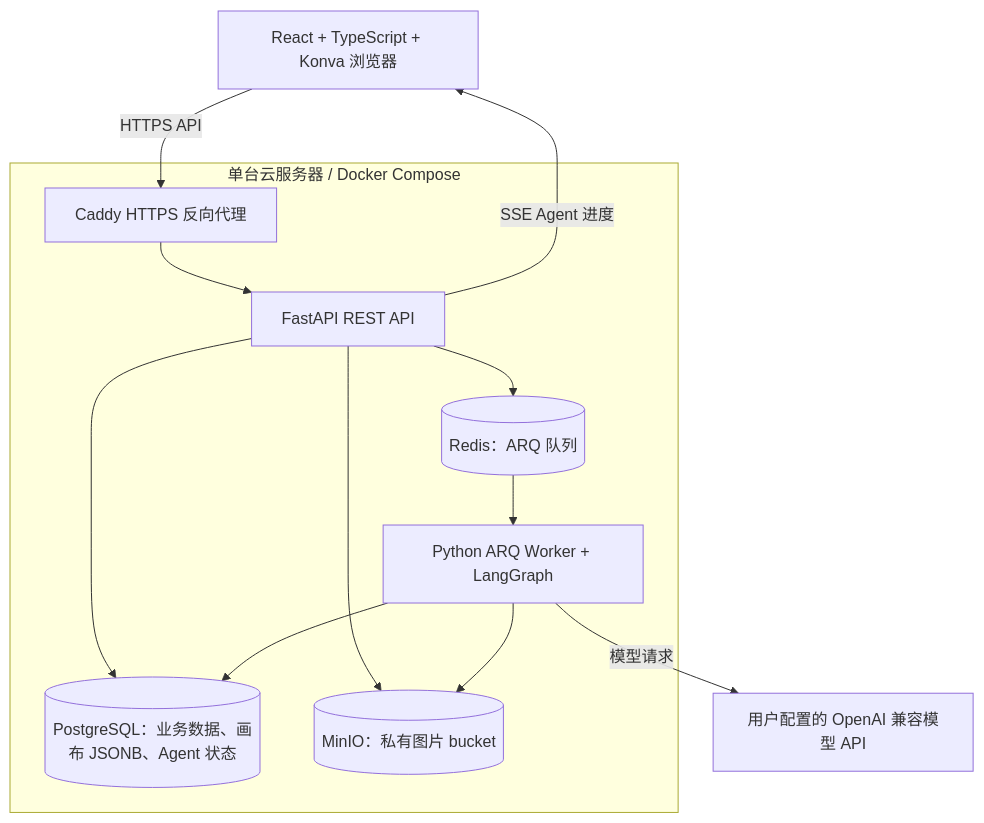
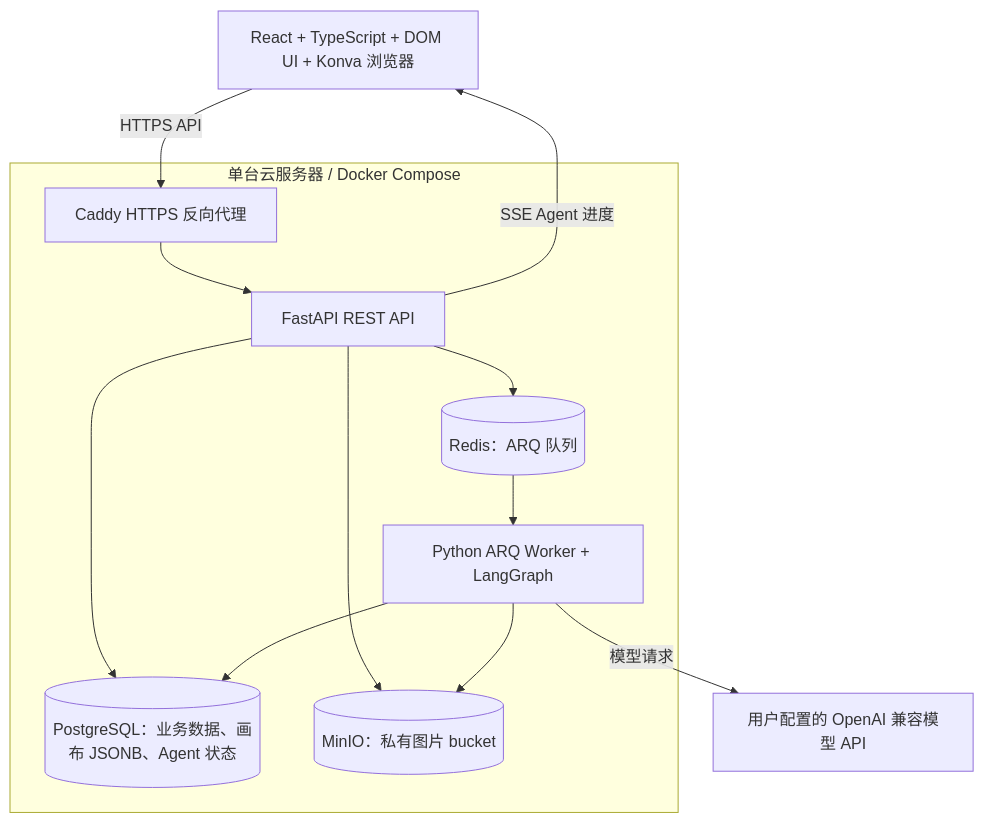
The first of 3 diagrams in docs/02-design/system-architecture.md (leileigwl/online-canvas-platform), drawn with Mermaid before and after one commit. The commit also changed other lines of this file and 11 other files, not shown here.

````diff
--- a/docs/02-design/system-architecture.md
+++ b/docs/02-design/system-architecture.md
@@ -9,21 +9,21 @@
 ```mermaid
 flowchart TB
-  Browser[React + TypeScript + Konva 浏览器]
+  Browser[React + TypeScript + DOM UI + Konva 浏览器]
   subgraph Host[单台云服务器 / Docker Compose]
     Proxy[Caddy HTTPS 反向代理]
     API[FastAPI REST API]
     Worker[Python ARQ Worker + LangGraph]
     PG[(PostgreSQL：业务数据、画布 JSONB、Agent 状态)]
     Redis[(Redis：ARQ 队列)]
     MinIO[(MinIO：私有图片 bucket)]
   end
   Model[用户配置的 OpenAI 兼容模型 API]
   Browser -->|HTTPS API| Proxy --> API
   API --> PG
   API --> MinIO
   API --> Redis --> Worker
   Worker -->|模型请求| Model
   Worker --> PG
   Worker --> MinIO
   API -->|SSE Agent 进度| Browser
 ```
````
